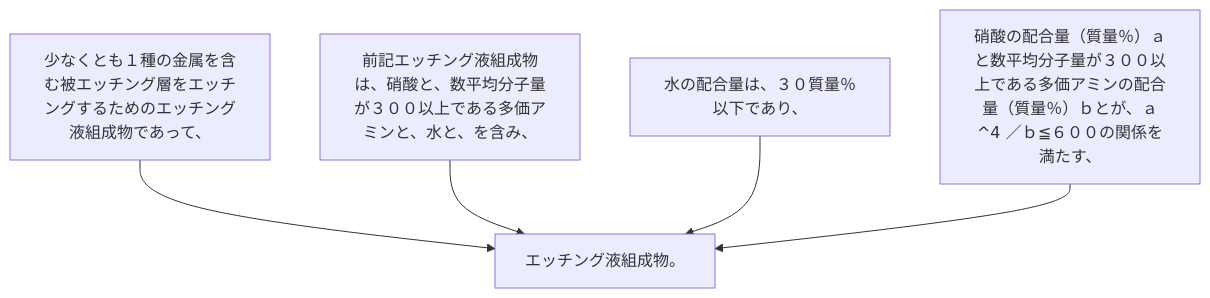
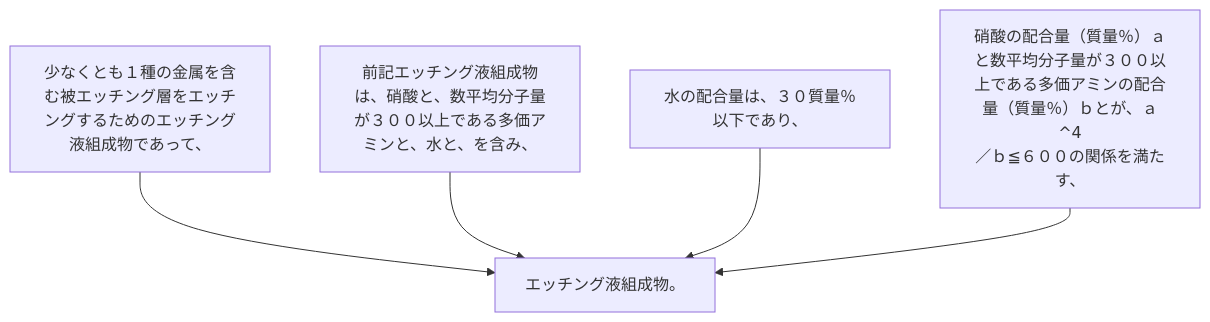
One commit to shinmori55/patent_analyzed changed the diagram in 2024/JP2024002670A/claim_1/README.md. Above: the diagram before and after it, drawn with Mermaid. The commit also changed 336 other files, not shown here.

````diff
--- a/2024/JP2024002670A/claim_1/README.md
+++ b/2024/JP2024002670A/claim_1/README.md
@@ -7,12 +7,14 @@
 ```mermaid
 flowchart TD
 A[少なくとも１種の金属を含む被エッチング層をエッチングするためのエッチング液組成物であって、]
 B[前記エッチング液組成物は、硝酸と、数平均分子量が３００以上である多価アミンと、水と、を含み、]
 C[水の配合量は、３０質量％以下であり、]
-D[硝酸の配合量（質量％）ａと数平均分子量が３００以上である多価アミンの配合量（質量％）ｂとが、ａ^4 ／ｂ≦６００の関係を満たす、]
+D[硝酸の配合量（質量％）ａと数平均分子量が３００以上である多価アミンの配合量（質量％）ｂとが、ａ
+^4
+／ｂ≦６００の関係を満たす、]
 E[エッチング液組成物。]
 A --> E
 B --> E
 C --> E
 D --> E
 ```
````
